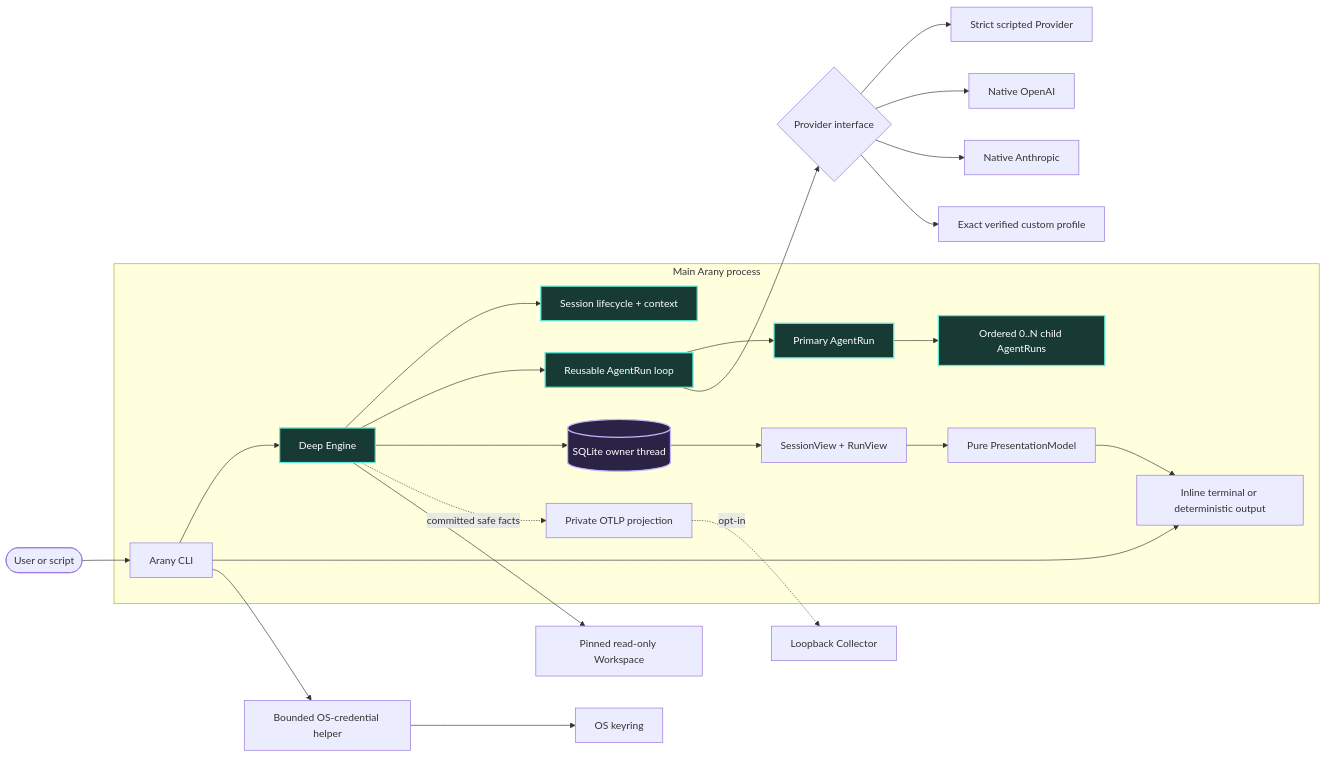
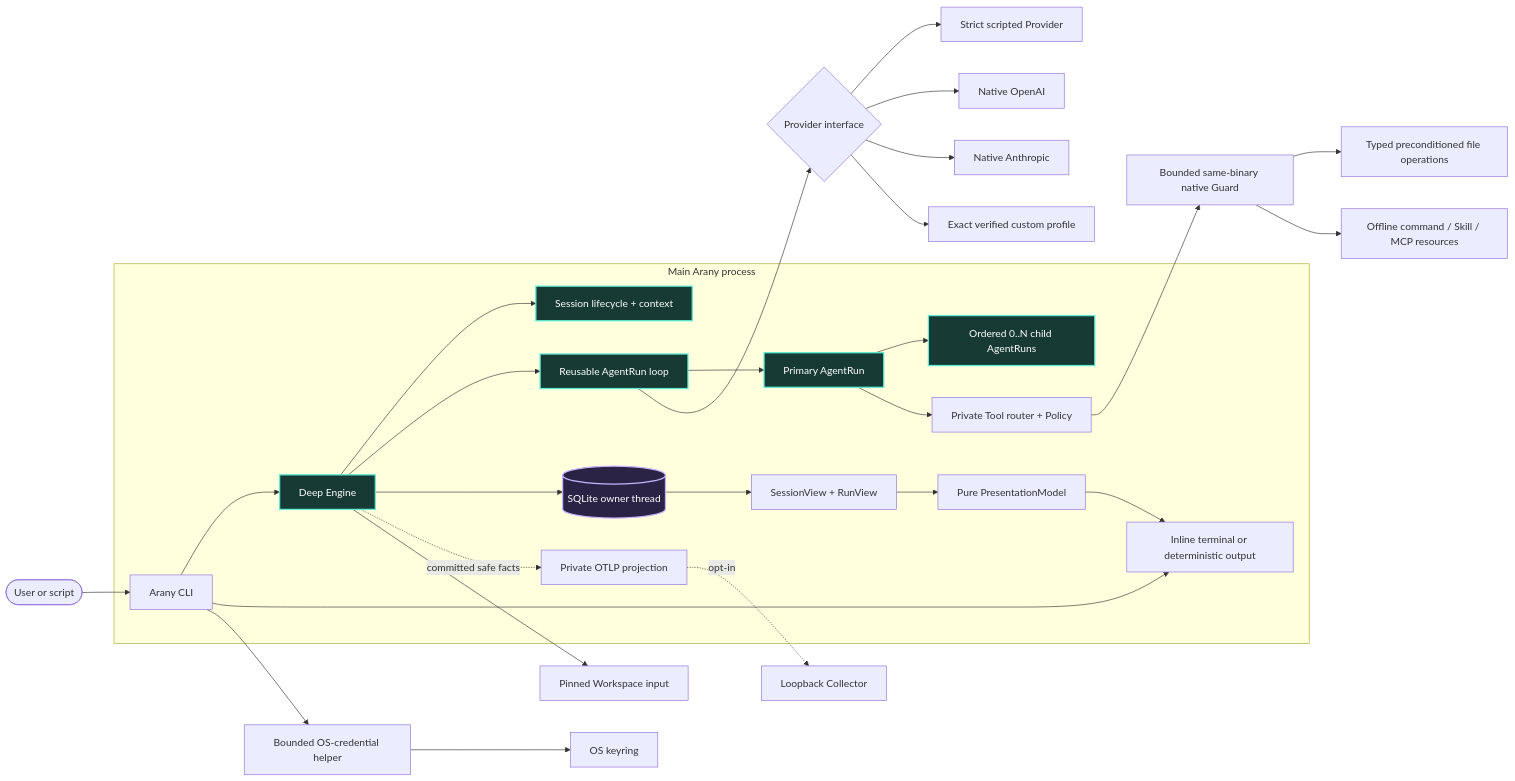
Before and after one commit to fpmirabile/arany: the diagram in docs/architecture/system-overview.md, drawn with Mermaid. The commit also changed other lines of this file and 33 other files, not shown here.

````diff
--- a/docs/architecture/system-overview.md
+++ b/docs/architecture/system-overview.md
@@ -33,33 +34,37 @@
 ```mermaid
 flowchart LR
     User([User or script]) --> CLI[Arany CLI]
 
     subgraph Process[Main Arany process]
         CLI --> Engine[Deep Engine]
         CLI --> Terminal[Inline terminal or deterministic output]
         Engine --> Session[Session lifecycle + context]
         Engine --> Loop[Reusable AgentRun loop]
         Loop --> Primary[Primary AgentRun]
         Primary --> Children[Ordered 0..N child AgentRuns]
+        Primary --> Tools[Private Tool router + Policy]
         Engine --> Store[(SQLite owner thread)]
         Store --> Views[SessionView + RunView]
         Views --> Presentation[Pure PresentationModel]
         Presentation --> Terminal
         Engine -. committed safe facts .-> OTLP[Private OTLP projection]
     end
 
     Loop --> Provider{Provider interface}
     Provider --> Fake[Strict scripted Provider]
     Provider --> OpenAI[Native OpenAI]
     Provider --> Anthropic[Native Anthropic]
     Provider --> Custom[Exact verified custom profile]
-    Engine --> Workspace[Pinned read-only Workspace]
+    Engine --> Workspace[Pinned Workspace input]
+    Tools --> Guard[Bounded same-binary native Guard]
+    Guard --> Files[Typed preconditioned file operations]
+    Guard --> Snapshot[Offline command / Skill / MCP resources]
     OTLP -. opt-in .-> Collector[Loopback Collector]
     CLI --> CredentialHelper[Bounded OS-credential helper]
     CredentialHelper --> Keyring[OS keyring]
 
     classDef deep fill:#173b34,color:#fff,stroke:#5eead4,stroke-width:2px;
     classDef canonical fill:#2b2346,color:#fff,stroke:#c4b5fd,stroke-width:2px;
     class Engine,Session,Loop,Primary,Children deep;
     class Store canonical;
 ```
````
